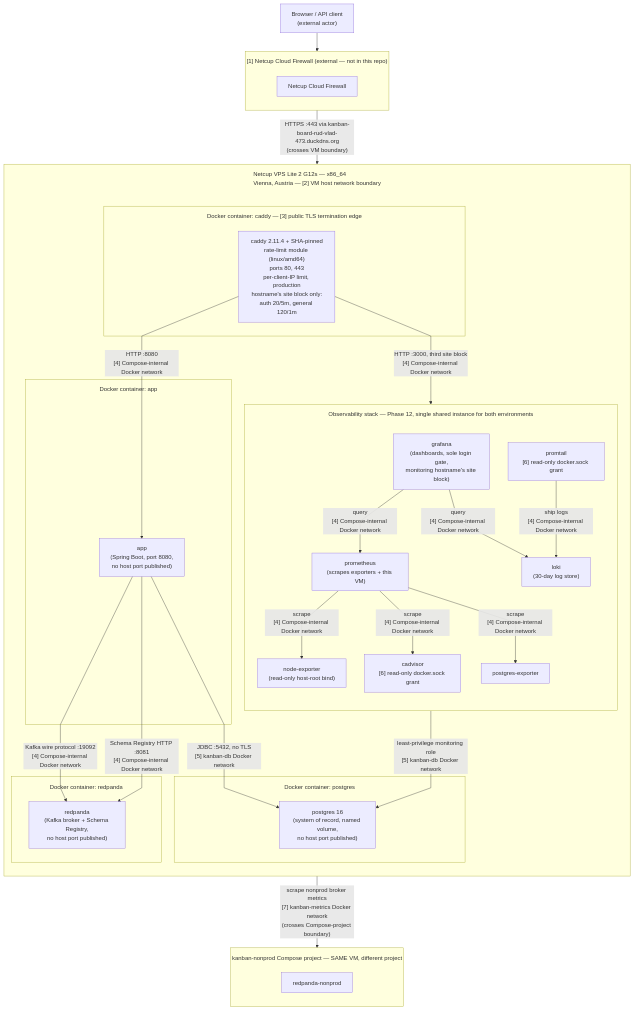
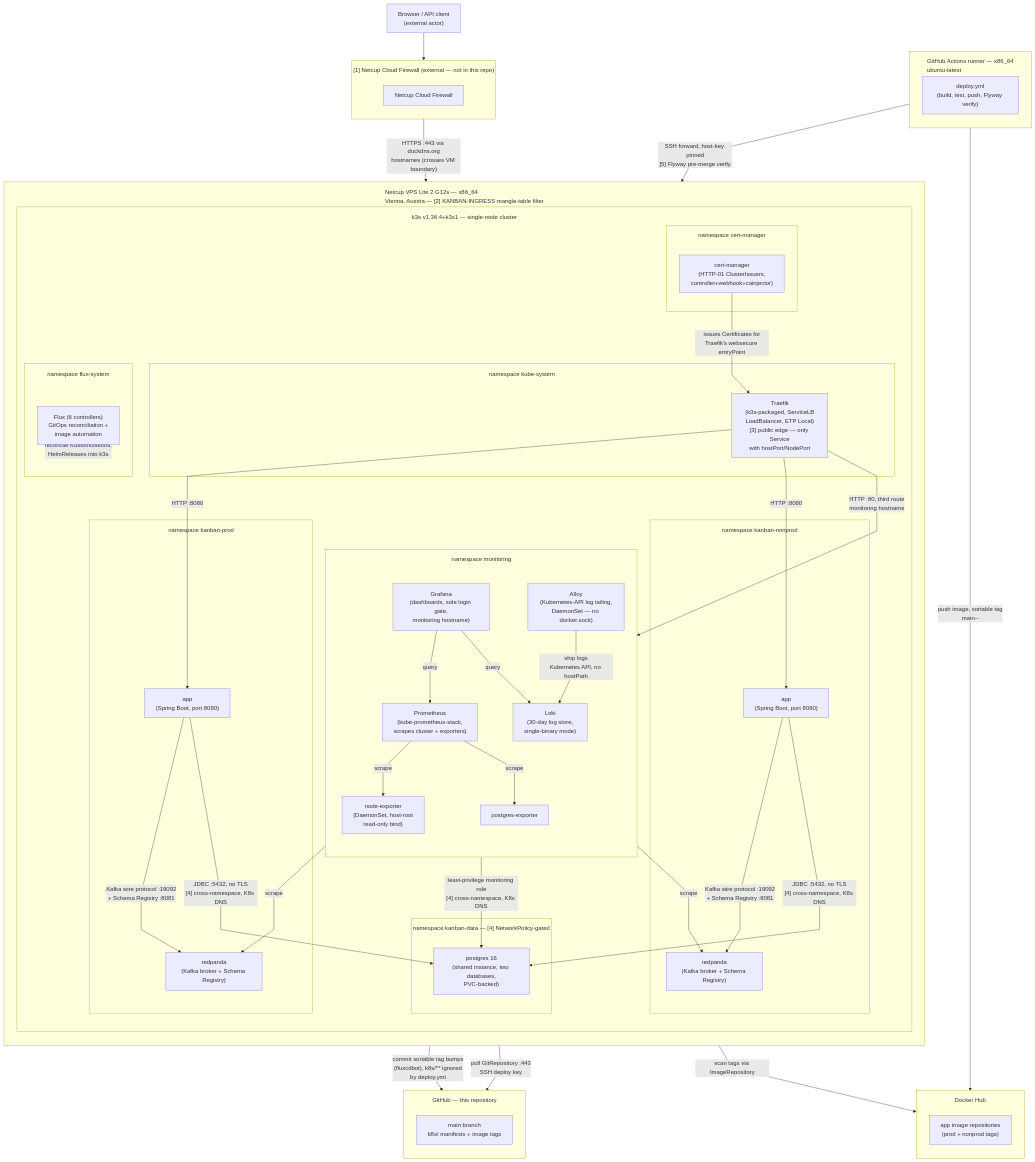
One commit to RudVlad473/kanban-board-backend changed the diagram in docs/diagrams/infra-physical-deployment.mmd. Above: the diagram before and after it, drawn with Mermaid. The commit also changed 7 other files, not shown here.

```diff
--- a/docs/diagrams/infra-physical-deployment.mmd
+++ b/docs/diagrams/infra-physical-deployment.mmd
@@ -1,62 +1,95 @@
 %%{init: {"flowchart": {"subGraphTitleMargin": {"top": 15, "bottom": 15}, "curve": "linear"}}}%%
 flowchart TB
     client["Browser / API client<br/>(external actor)"]
 
     subgraph netcup_edge["[1] Netcup Cloud Firewall (external — not in this repo)"]
         direction TB
         netcup_fw["Netcup Cloud Firewall"]
     end
 
-    subgraph netcup["Netcup VPS Lite 2 G12s — x86_64<br/>Vienna, Austria — [2] VM host network boundary"]
+    subgraph netcup["Netcup VPS Lite 2 G12s — x86_64<br/>Vienna, Austria — [2] KANBAN-INGRESS mangle-table filter"]
         direction TB
 
         netcup_spacer[" "]
         style netcup_spacer height:1px,fill:none,stroke:none
 
-        subgraph caddy_box["Docker container: caddy — [3] public TLS termination edge"]
-            caddy["caddy 2.11.4 + SHA-pinned<br/>rate-limit module (linux/amd64)<br/>ports 80, 443<br/>per-client-IP limit, production<br/>hostname's site block only:<br/>auth 20/5m, general 120/1m"]
-        end
-        netcup_spacer ~~~ caddy_box
-        subgraph app_box["Docker container: app"]
-            app["app<br/>(Spring Boot, port 8080,<br/>no host port published)"]
-        end
-        subgraph redpanda_box["Docker container: redpanda"]
-            redpanda["redpanda<br/>(Kafka broker + Schema Registry,<br/>no host port published)"]
-        end
-        subgraph postgres_box["Docker container: postgres"]
-            postgres["postgres 16<br/>(system of record, named volume,<br/>no host port published)"]
+        subgraph k3s_box["k3s v1.36.4+k3s1 — single-node cluster"]
+            direction TB
+
+            subgraph traefik_box["namespace kube-system"]
+                traefik["Traefik<br/>(k3s-packaged, ServiceLB<br/>LoadBalancer, ETP Local)<br/>[3] public edge — only Service<br/>with hostPort/NodePort"]
+            end
+            netcup_spacer ~~~ traefik_box
+
+            subgraph cm_box["namespace cert-manager"]
+                cert_manager["cert-manager<br/>(HTTP-01 ClusterIssuers,<br/>controller+webhook+cainjector)"]
+            end
+
+            subgraph prod_box["namespace kanban-prod"]
+                app_prod["app<br/>(Spring Boot, port 8080)"]
+                redpanda_prod["redpanda<br/>(Kafka broker + Schema Registry)"]
+            end
+
+            subgraph nonprod_box["namespace kanban-nonprod"]
+                app_nonprod["app<br/>(Spring Boot, port 8080)"]
+                redpanda_nonprod["redpanda<br/>(Kafka broker + Schema Registry)"]
+            end
+
+            subgraph data_box["namespace kanban-data — [4] NetworkPolicy-gated"]
+                postgres["postgres 16<br/>(shared instance, two databases,<br/>PVC-backed)"]
+            end
+
+            subgraph monitoring_box["namespace monitoring"]
+                direction TB
+                prometheus["Prometheus<br/>(kube-prometheus-stack,<br/>scrapes cluster + exporters)"]
+                grafana["Grafana<br/>(dashboards, sole login gate,<br/>monitoring hostname)"]
+                loki["Loki<br/>(30-day log store,<br/>single-binary mode)"]
+                alloy["Alloy<br/>(Kubernetes-API log tailing,<br/>DaemonSet — no docker.sock)"]
+                node_exp["node-exporter<br/>(DaemonSet, host-root<br/>read-only bind)"]
+                pg_exp["postgres-exporter"]
+            end
+
+            subgraph flux_box["namespace flux-system"]
+                flux["Flux (6 controllers)<br/>GitOps reconciliation +<br/>image automation"]
+            end
         end
 
-        subgraph obs_box["Observability stack — Phase 12, single shared instance for both environments"]
-            direction TB
-            prometheus["prometheus<br/>(scrapes exporters + this VM)"]
-            grafana["grafana<br/>(dashboards, sole login gate,<br/>monitoring hostname's site block)"]
-            loki["loki<br/>(30-day log store)"]
-            promtail["promtail<br/>[6] read-only docker.sock grant"]
-            cadvisor["cadvisor<br/>[6] read-only docker.sock grant"]
-            node_exp["node-exporter<br/>(read-only host-root bind)"]
-            pg_exp["postgres-exporter"]
-        end
-
-        caddy -- "HTTP :8080<br/>[4] Compose-internal Docker network" --> app
-        caddy -- "HTTP :3000, third site block<br/>[4] Compose-internal Docker network" --> grafana
-        app -- "Kafka wire protocol :19092<br/>[4] Compose-internal Docker network" --> redpanda
-        app -- "Schema Registry HTTP :8081<br/>[4] Compose-internal Docker network" --> redpanda
-        app -- "JDBC :5432, no TLS<br/>[5] kanban-db Docker network" --> postgres
-        prometheus -- "scrape<br/>[4] Compose-internal Docker network" --> node_exp
-        prometheus -- "scrape<br/>[4] Compose-internal Docker network" --> cadvisor
-        prometheus -- "scrape<br/>[4] Compose-internal Docker network" --> pg_exp
-        pg_exp -- "least-privilege monitoring role<br/>[5] kanban-db Docker network" --> postgres
-        promtail -- "ship logs<br/>[4] Compose-internal Docker network" --> loki
-        grafana -- "query<br/>[4] Compose-internal Docker network" --> prometheus
-        grafana -- "query<br/>[4] Compose-internal Docker network" --> loki
+        traefik -- "HTTP :8080" --> app_prod
+        traefik -- "HTTP :8080" --> app_nonprod
+        traefik -- "HTTP :80, third route<br/>monitoring hostname" --> grafana
+        app_prod -- "Kafka wire protocol :19092<br/>+ Schema Registry :8081" --> redpanda_prod
+        app_nonprod -- "Kafka wire protocol :19092<br/>+ Schema Registry :8081" --> redpanda_nonprod
+        app_prod -- "JDBC :5432, no TLS<br/>[4] cross-namespace, K8s DNS" --> postgres
+        app_nonprod -- "JDBC :5432, no TLS<br/>[4] cross-namespace, K8s DNS" --> postgres
+        prometheus -- "scrape" --> node_exp
+        prometheus -- "scrape" --> pg_exp
+        prometheus -- "scrape" --> redpanda_prod
+        prometheus -- "scrape" --> redpanda_nonprod
+        pg_exp -- "least-privilege monitoring role<br/>[4] cross-namespace, K8s DNS" --> postgres
+        alloy -- "ship logs<br/>Kubernetes API, no hostPath" --> loki
+        grafana -- "query" --> prometheus
+        grafana -- "query" --> loki
+        cert_manager -- "issues Certificates for<br/>Traefik's websecure entryPoint" --> traefik
     end
 
-    subgraph nonprod_box["kanban-nonprod Compose project — SAME VM, different project"]
+    subgraph gha["GitHub Actions runner — x86_64<br/>ubuntu-latest"]
         direction TB
-        redpanda_nonprod["redpanda-nonprod"]
+        gha_ci["deploy.yml<br/>(build, test, push, Flyway verify)"]
     end
-    prometheus -- "scrape nonprod broker metrics<br/>[7] kanban-metrics Docker network<br/>(crosses Compose-project boundary)" --> redpanda_nonprod
+    subgraph dh["Docker Hub"]
+        direction TB
+        dh_repo["app image repositories<br/>(prod + nonprod tags)"]
+    end
+    subgraph gh_repo["GitHub — this repository"]
+        direction TB
+        gh_main["main branch<br/>k8s/ manifests + image tags"]
+    end
 
     client --> netcup_fw
-    netcup_fw -- "HTTPS :443 via kanban-board-rud-vlad-473.duckdns.org<br/>(crosses VM boundary)" --> caddy
+    netcup_fw -- "HTTPS :443 via duckdns.org<br/>hostnames (crosses VM boundary)" --> netcup
+    gha_ci -- "push image, sortable tag<br/>main-<run_number>-<sha7>" --> dh_repo
+    gha_ci -- "SSH forward, host-key pinned<br/>[5] Flyway pre-merge verify" --> postgres
+    flux -- "poll GitRepository :443<br/>SSH deploy key" --> gh_main
+    flux -- "scan tags via ImageRepository" --> dh_repo
+    flux -- "commit sortable tag bumps<br/>(fluxcdbot), k8s/** ignored<br/>by deploy.yml" --> gh_main
+    flux -- "reconcile Kustomizations,<br/>HelmReleases into k3s" --> k3s_box
```
